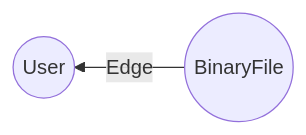
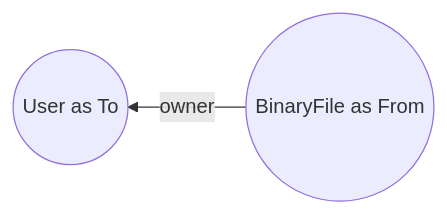
One commit to spiegel-im-spiegel/zenn-docs changed the third of 3 diagrams in books/a-study-in-postgresql/entity-relationship-by-ent.md. Above: the diagram before and after it, drawn with Mermaid. The commit also changed other lines of this file and 2 other files, not shown here.

Commit message:
Fix ER diagram by mermaid.js

````diff
--- a/books/a-study-in-postgresql/entity-relationship-by-ent.md
+++ b/books/a-study-in-postgresql/entity-relationship-by-ent.md
@@ -319,4 +319,4 @@
 ```mermaid
 graph RL
-BinaryFile((BinaryFile<From>)) -- Edge<owner> --> User((User<To>))
+BinaryFile((BinaryFile as From)) -- owner --> User((User as To))
 ```
````
